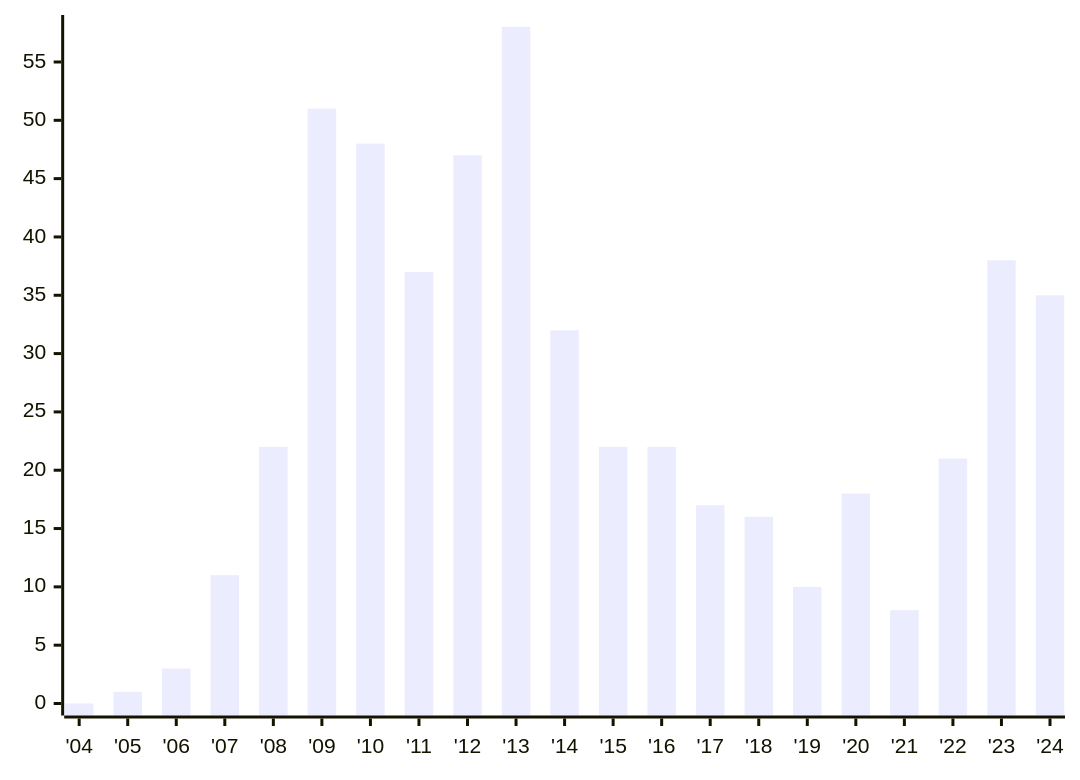
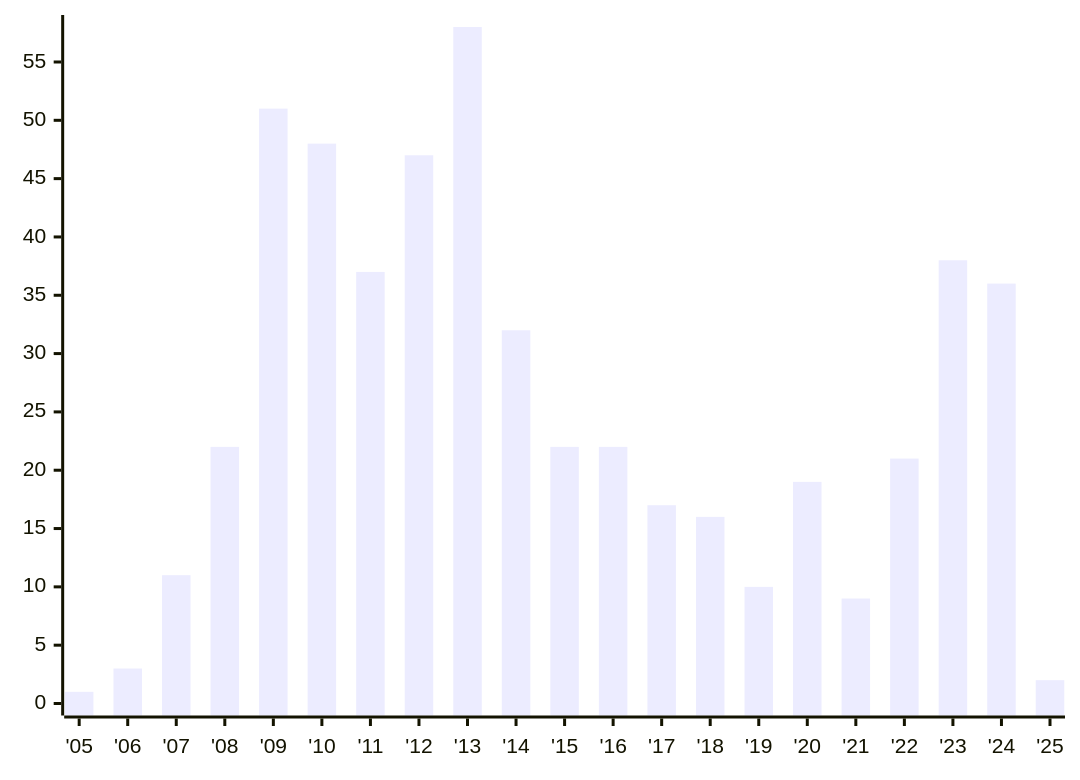
The first of 4 diagrams in index.stats.md (austrellum/navigator), drawn with Mermaid before and after one commit. The commit also changed other lines of this file and 8 other files, not shown here.

````diff
--- a/index.stats.md
+++ b/index.stats.md
@@ -7,6 +7,6 @@
 ```mermaid
 xychart-beta
-  x-axis ["'04","'05","'06","'07","'08","'09","'10","'11","'12","'13","'14","'15","'16","'17","'18","'19","'20","'21","'22","'23","'24"]
+  x-axis ["'05","'06","'07","'08","'09","'10","'11","'12","'13","'14","'15","'16","'17","'18","'19","'20","'21","'22","'23","'24","'25"]
   y-axis 0 --> 58
-  bar [0,1,3,11,22,51,48,37,47,58,32,22,22,17,16,10,18,8,21,38,35]
+  bar [1,3,11,22,51,48,37,47,58,32,22,22,17,16,10,19,9,21,38,36,2]
 ```
````
